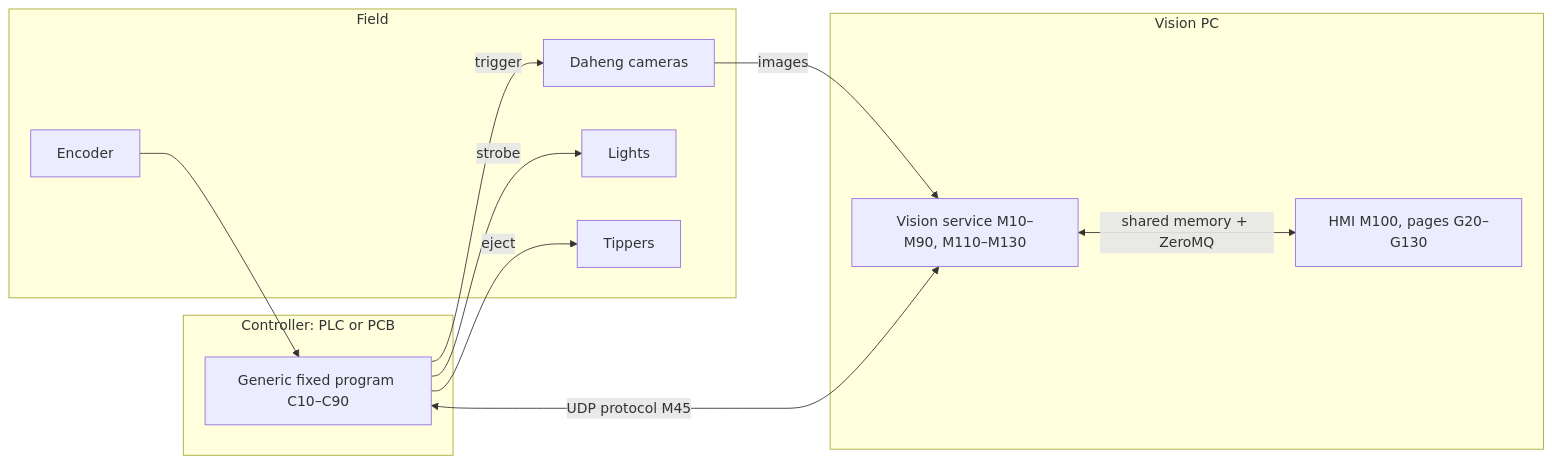
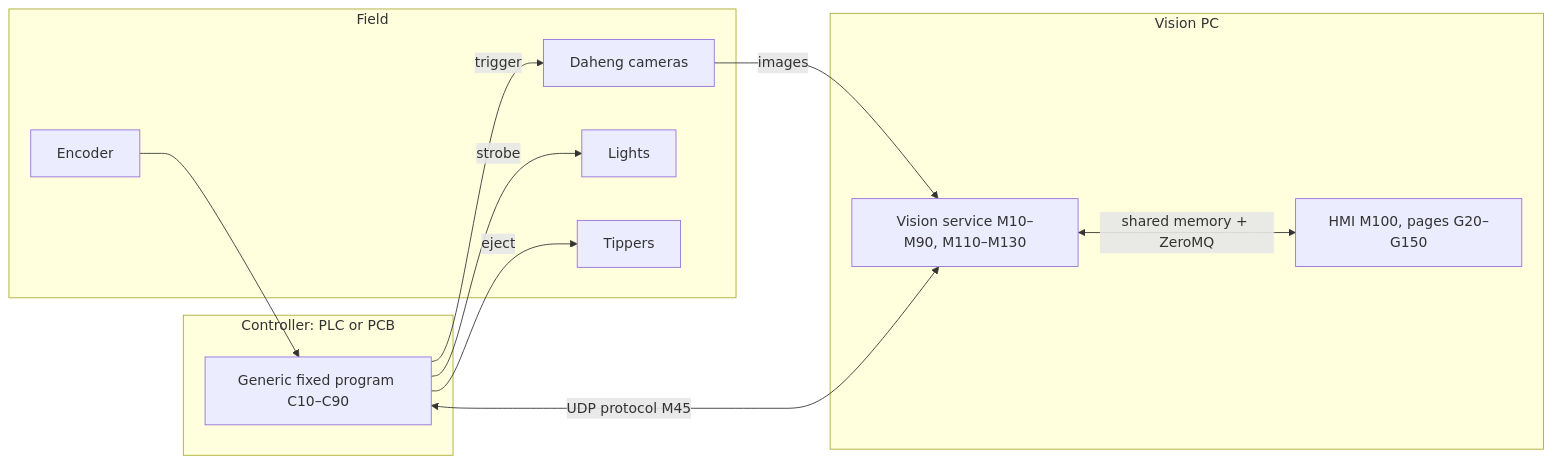
One commit to Wielklem/VDK-Sorting changed the diagram in docs/vision-platform-architecture.md. Above: the diagram before and after it, drawn with Mermaid. The commit also changed other lines of this file and 35 other files, not shown here.

````diff
--- a/docs/vision-platform-architecture.md
+++ b/docs/vision-platform-architecture.md
@@ -62,23 +62,23 @@
 ```mermaid
 flowchart LR
   subgraph Field
     ENC[Encoder]
     CAM[Daheng cameras]
     LGT[Lights]
     TIP[Tippers]
   end
   subgraph CTRL[Controller: PLC or PCB]
     FW[Generic fixed program C10–C90]
   end
   subgraph PC[Vision PC]
     SVC[Vision service M10–M90, M110–M130]
-    HMI[HMI M100, pages G20–G130]
+    HMI[HMI M100, pages G20–G150]
   end
   ENC --> FW
   FW -- trigger --> CAM
   FW -- strobe --> LGT
   FW -- eject --> TIP
   CAM -- images --> SVC
   SVC <-- UDP protocol M45 --> FW
   SVC <-- shared memory + ZeroMQ --> HMI
 ```
````
